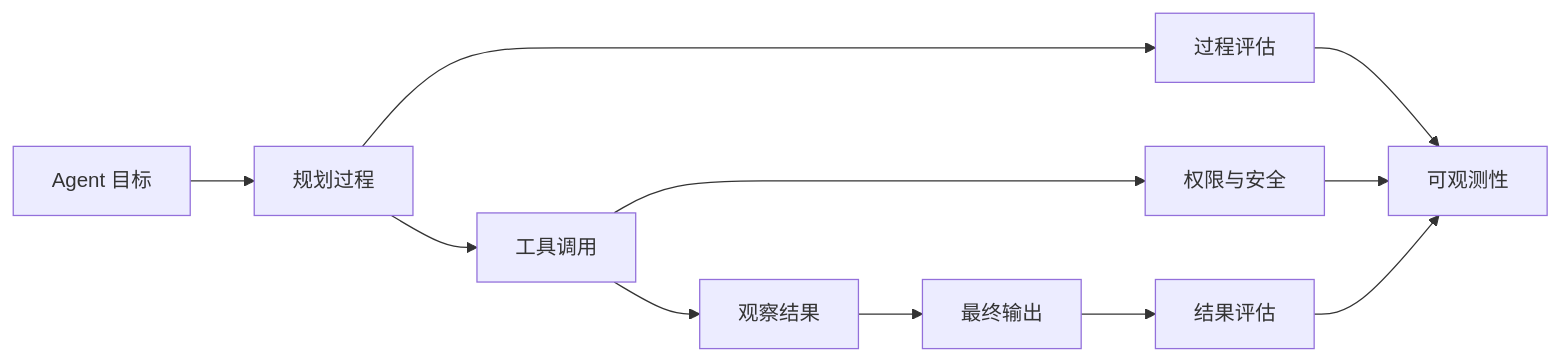
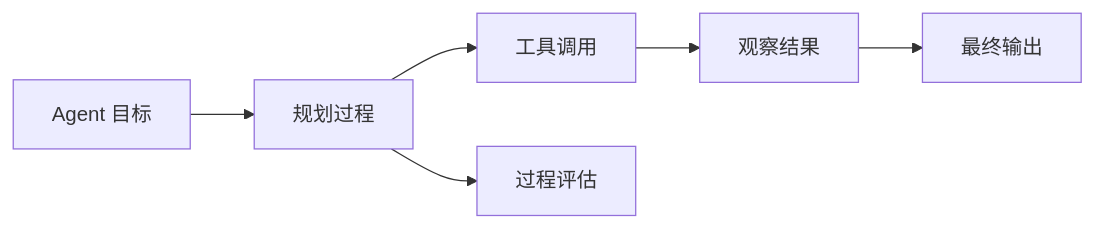
Before and after one commit to oudbiao/AI-fullstack-course: the first of 5 diagrams in docs/stage9/ch08-eval-safety/00-roadmap.md, drawn with Mermaid. The commit also changed other lines of this file and 139 other files, not shown here.

````diff
--- a/docs/stage9/ch08-eval-safety/00-roadmap.md
+++ b/docs/stage9/ch08-eval-safety/00-roadmap.md
@@ -20,13 +20,8 @@
 ```mermaid
 flowchart LR
   A[Agent 目标] --> B[规划过程]
   B --> C[工具调用]
   C --> D[观察结果]
   D --> E[最终输出]
   B --> F[过程评估]
-  C --> G[权限与安全]
-  E --> H[结果评估]
-  F --> I[可观测性]
-  G --> I
-  H --> I
 ```
````
